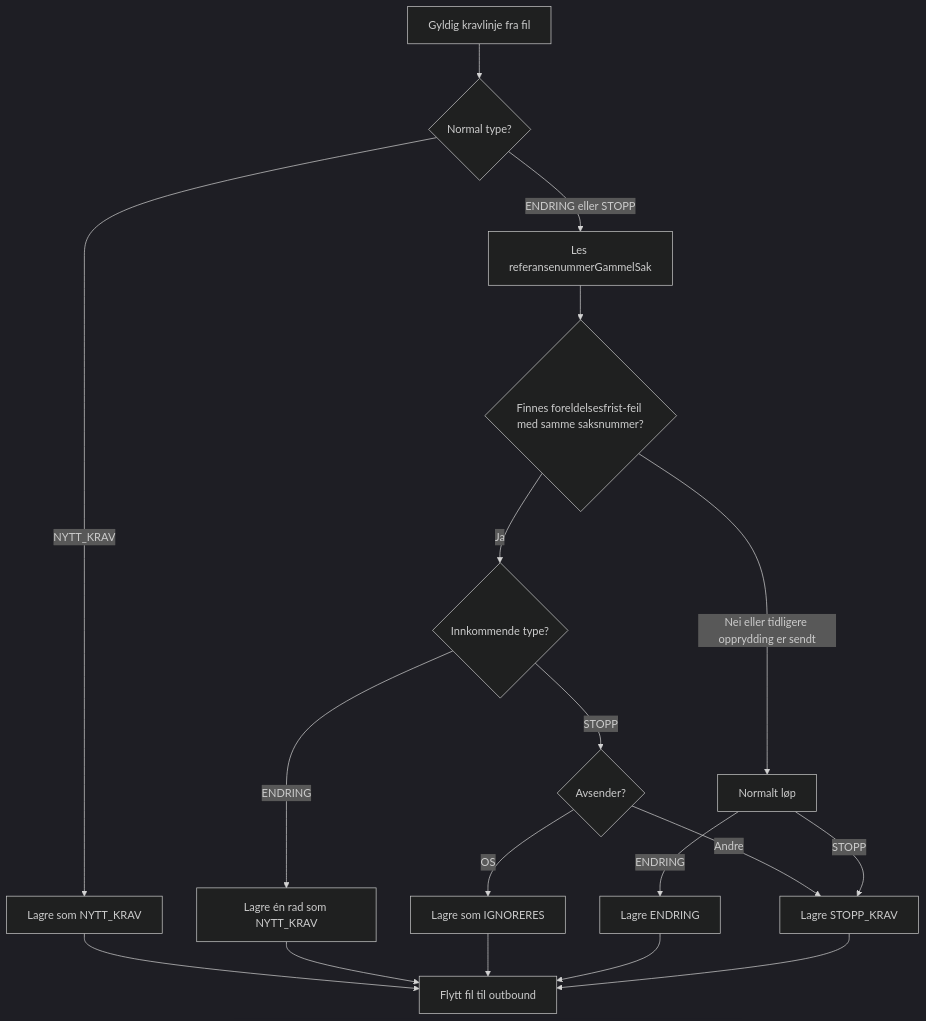
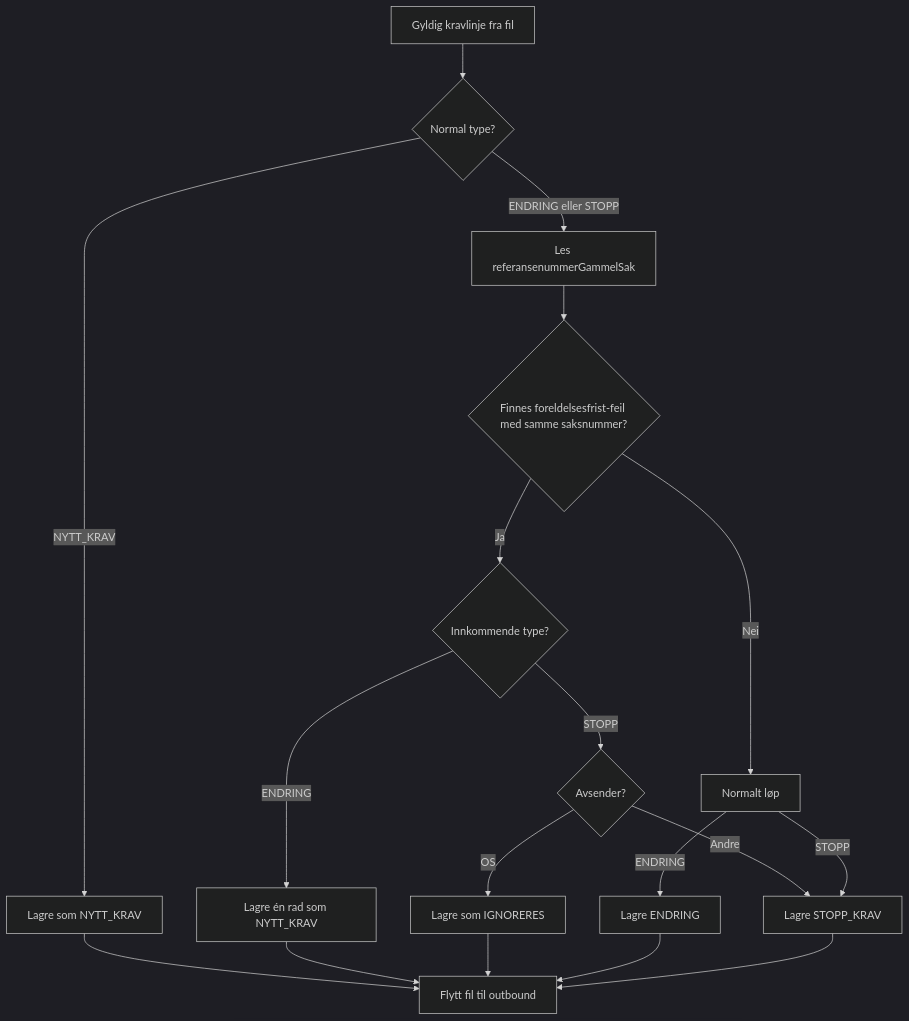
The first of 2 diagrams in dokumentasjon/Oppryddingsspor_foreldelsesfrist.md (navikt/sokos-ske-krav), drawn with Mermaid (dark theme) before and after one commit. The commit also changed other lines of this file and 7 other files, not shown here.

````diff
--- a/dokumentasjon/Oppryddingsspor_foreldelsesfrist.md
+++ b/dokumentasjon/Oppryddingsspor_foreldelsesfrist.md
@@ -21,20 +21,20 @@
 ```mermaid
 flowchart TD
     A[Gyldig kravlinje fra fil] --> B{Normal type?}
     B -->|NYTT_KRAV| N[Lagre som NYTT_KRAV]
     B -->|ENDRING eller STOPP| C[Les referansenummerGammelSak]
     C --> D{Finnes foreldelsesfrist-feil med samme saksnummer?}
-    D -->|Nei eller tidligere opprydding er sendt| E[Normalt løp]
+    D -->|Nei| E[Normalt løp]
     D -->|Ja| G{Innkommende type?}
     G -->|ENDRING| H[Lagre én rad som NYTT_KRAV]
     G -->|STOPP| M{Avsender?}
     M -->|OS| I[Lagre som IGNORERES]
     M -->|Andre| K[Lagre STOPP_KRAV]
     E -->|ENDRING| J[Lagre ENDRING]
     E -->|STOPP| K[Lagre STOPP_KRAV]
     N --> L[Flytt fil til outbound]
     H --> L
     I --> L
     J --> L
     K --> L
 ```
````
